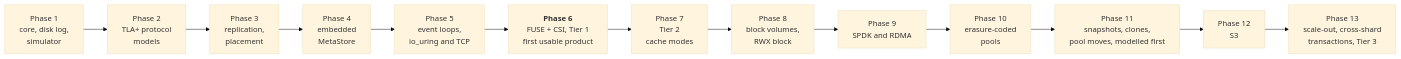
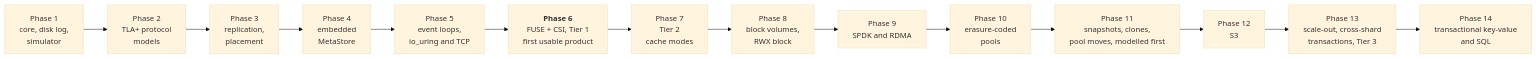
Before and after one commit to nvcnvn/rock-solid: the fifth of 5 diagrams in blogs/01-the-big-picture.md, drawn with Mermaid (base theme). The commit also changed other lines of this file, not shown here.

First line of the commit message:
blogs/01: drop build status and tunables, add the Samba gateway and the SQL step

````diff
--- a/blogs/01-the-big-picture.md
+++ b/blogs/01-the-big-picture.md
@@ -549,15 +553,16 @@
 ```mermaid
 flowchart LR
     P1["Phase 1<br/>core, disk log,<br/>simulator"] --> P2["Phase 2<br/>TLA+ protocol<br/>models"]
     P2 --> P3["Phase 3<br/>replication,<br/>placement"]
     P3 --> P4["Phase 4<br/>embedded<br/>MetaStore"]
     P4 --> P5["Phase 5<br/>event loops,<br/>io_uring and TCP"]
     P5 --> P6["<b>Phase 6</b><br/>FUSE + CSI, Tier 1<br/>first usable product"]
     P6 --> P7["Phase 7<br/>Tier 2<br/>cache modes"]
     P7 --> P8["Phase 8<br/>block volumes,<br/>RWX block"]
     P8 --> P9["Phase 9<br/>SPDK and RDMA"]
     P9 --> P10["Phase 10<br/>erasure-coded<br/>pools"]
     P10 --> P11["Phase 11<br/>snapshots, clones,<br/>pool moves, modelled first"]
     P11 --> P12["Phase 12<br/>S3"]
-    P12 --> P13["Phase 13<br/>scale-out, cross-shard<br/>transactions, Tier 3"]
+        P12 --> P13["Phase 13<br/>scale-out, cross-shard<br/>transactions, Tier 3"]
+    P13 --> P14["Phase 14<br/>transactional key-value<br/>and SQL"]
 ```
````
